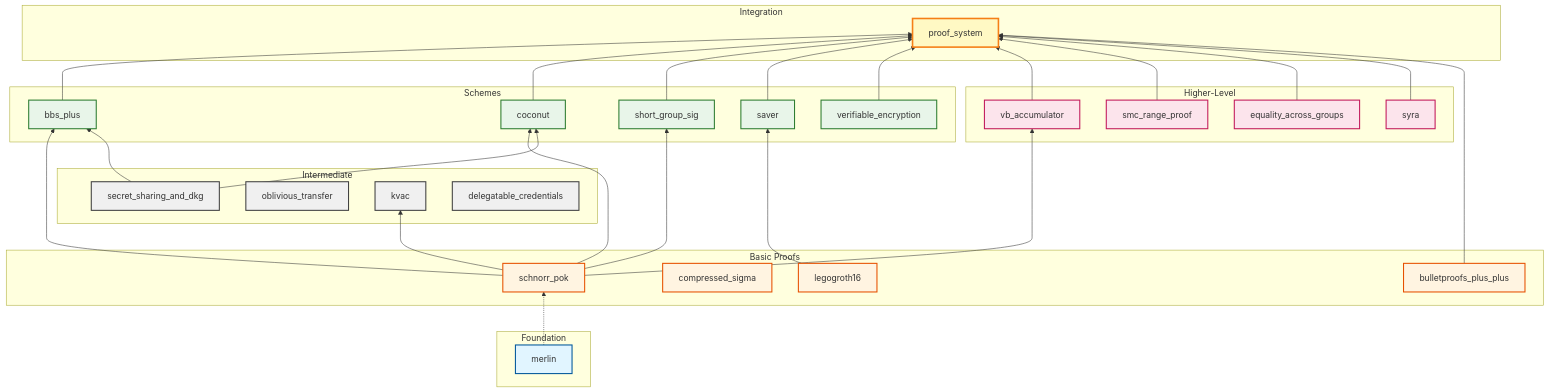
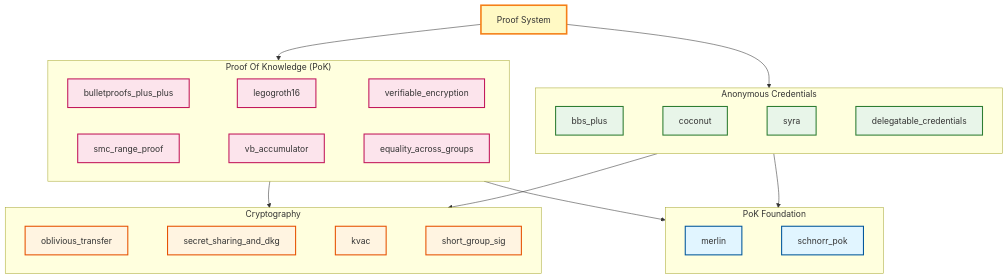
The diagram in _posts/2025-12-15-docknetwork-crypto-library.md (eid-privacy/eid-privacy.github.io), drawn with Mermaid before and after one commit. The commit also changed other lines of this file, not shown here.

Commit message:
Adjusts mermaid graph after discussion with Linus

````diff
--- a/_posts/2025-12-15-docknetwork-crypto-library.md
+++ b/_posts/2025-12-15-docknetwork-crypto-library.md
@@ -113,85 +113,48 @@
 ```mermaid
-graph BT
-    subgraph L0["Foundation"]
-        merlin["merlin"]
+graph TD
+    proof_system["Proof System"]
+    
+    %% the arrows -.-> are used to keep the nodes inside each group horizontally.
+    subgraph L3["Proof Of Knowledge (PoK)"]
+        bulletproofs_plus_plus["bulletproofs_plus_plus"] -.-> legogroth16["legogroth16"] -.-> verifiable_encryption["verifiable_encryption"]
+        smc_range_proof["smc_range_proof"] -.-> vb_accumulator["vb_accumulator"] -.-> equality_across_groups["equality_across_groups"]
     end
     
-    subgraph L1["Basic Proofs"]
-        schnorr_pok["schnorr_pok"]
-        compressed_sigma["compressed_sigma"]
-        bulletproofs_plus_plus["bulletproofs_plus_plus"]
-        legogroth16["legogroth16"]
+    subgraph L2["Anonymous Credentials"]
+        bbs_plus["bbs_plus"] -.-> coconut["coconut"] -.-> syra["syra"] -.-> delegatable_credentials["delegatable_credentials"]
     end
     
-    subgraph L2["Intermediate"]
-        secret_sharing_and_dkg["secret_sharing_and_dkg"]
-        oblivious_transfer["oblivious_transfer"]
-        kvac["kvac"]
-        delegatable_credentials["delegatable_credentials"]
+    subgraph L1["Cryptography"]
+        oblivious_transfer["oblivious_transfer"] -.-> secret_sharing_and_dkg["secret_sharing_and_dkg"] -.-> kvac["kvac"] -.-> short_group_sig["short_group_sig"]
+    end
+
+    subgraph L0["PoK Foundation"]
+        direction LR
+        merlin["merlin"] -.-> schnorr_pok["schnorr_pok"]
     end
     
-    subgraph L3["Schemes"]
-        bbs_plus["bbs_plus"]
-        coconut["coconut"]
-        short_group_sig["short_group_sig"]
-        saver["saver"]
-        verifiable_encryption["verifiable_encryption"]
-    end
+    proof_system --> L3
+    proof_system --> L2
+
+    L3 --> L1
+    L3 --> L0
+
+    L2 --> L1
+    L2 --> L0 
+        
+    %% Styling for better visual hierarchy
+    classDef level0 fill:#e1f5ff,stroke:#01579b,stroke-width:2px
+    classDef level1 fill:#fff4e1,stroke:#e65100,stroke-width:2px
+    classDef level2 fill:#e8f5e9,stroke:#2e7d32,stroke-width:2px
+    classDef level3 fill:#fce4ec,stroke:#c2185b,stroke-width:2px
+    classDef topLevel fill:#fff9c4,stroke:#f57f17,stroke-width:3px
     
-    subgraph L4["Higher-Level"]
-        vb_accumulator["vb_accumulator"]
-        smc_range_proof["smc_range_proof"]
-        equality_across_groups["equality_across_groups"]
-        syra["syra"]
-    end
+    class merlin,schnorr_pok level0
+    class oblivious_transfer,secret_sharing_and_dkg,kvac,short_group_sig level1
+    class bbs_plus,coconut,syra,delegatable_credentials level2
+    class bulletproofs_plus_plus,legogroth16,verifiable_encryption,smc_range_proof,vb_accumulator,equality_across_groups level3
+    class proof_system topLevel
     
-    subgraph L5["Integration"]
-        proof_system["proof_system"]
-    end
-    
-    %% Foundation connections
-    merlin -.-> schnorr_pok
-    
-    %% Left branch: schnorr_pok -> bbs_plus, short_group_sig, kvac
-    schnorr_pok --> bbs_plus
-    schnorr_pok --> short_group_sig
-    schnorr_pok --> kvac
-    
-    %% Right branch: schnorr_pok -> coconut, vb_accumulator
-    schnorr_pok --> coconut
-    schnorr_pok --> vb_accumulator
-    
-    %% Intermediate to Schemes
-    secret_sharing_and_dkg --> bbs_plus
-    secret_sharing_and_dkg --> coconut
-    
-    %% SNARK path
-    legogroth16 --> saver
-    
-    %% All to Integration - grouped to reduce visual clutter
-    bbs_plus --> proof_system
-    coconut --> proof_system
-    short_group_sig --> proof_system
-    saver --> proof_system
-    verifiable_encryption --> proof_system
-    vb_accumulator --> proof_system
-    smc_range_proof --> proof_system
-    equality_across_groups --> proof_system
-    syra --> proof_system
-    bulletproofs_plus_plus --> proof_system
-    
-    %% Styling for better visual hierarchy
-    classDef foundation fill:#e1f5ff,stroke:#01579b,stroke-width:2px
-    classDef basic fill:#fff4e1,stroke:#e65100,stroke-width:2px
-    classDef intermediate fill:#f0f0f0,stroke:#424242,stroke-width:2px
-    classDef schemes fill:#e8f5e9,stroke:#2e7d32,stroke-width:2px
-    classDef higher fill:#fce4ec,stroke:#c2185b,stroke-width:2px
-    classDef integration fill:#fff9c4,stroke:#f57f17,stroke-width:3px
-    
-    class merlin foundation
-    class schnorr_pok,compressed_sigma,bulletproofs_plus_plus,legogroth16 basic
-    class secret_sharing_and_dkg,oblivious_transfer,kvac,delegatable_credentials intermediate
-    class bbs_plus,coconut,short_group_sig,saver,verifiable_encryption schemes
-    class vb_accumulator,smc_range_proof,equality_across_groups,syra higher
-    class proof_system integration
+    %% Hide horizontal arrows (links 0-10)
+    linkStyle 0,1,2,3,4,5,6,7,8,9,10 stroke:transparent,stroke-width:0px
 ```
````
